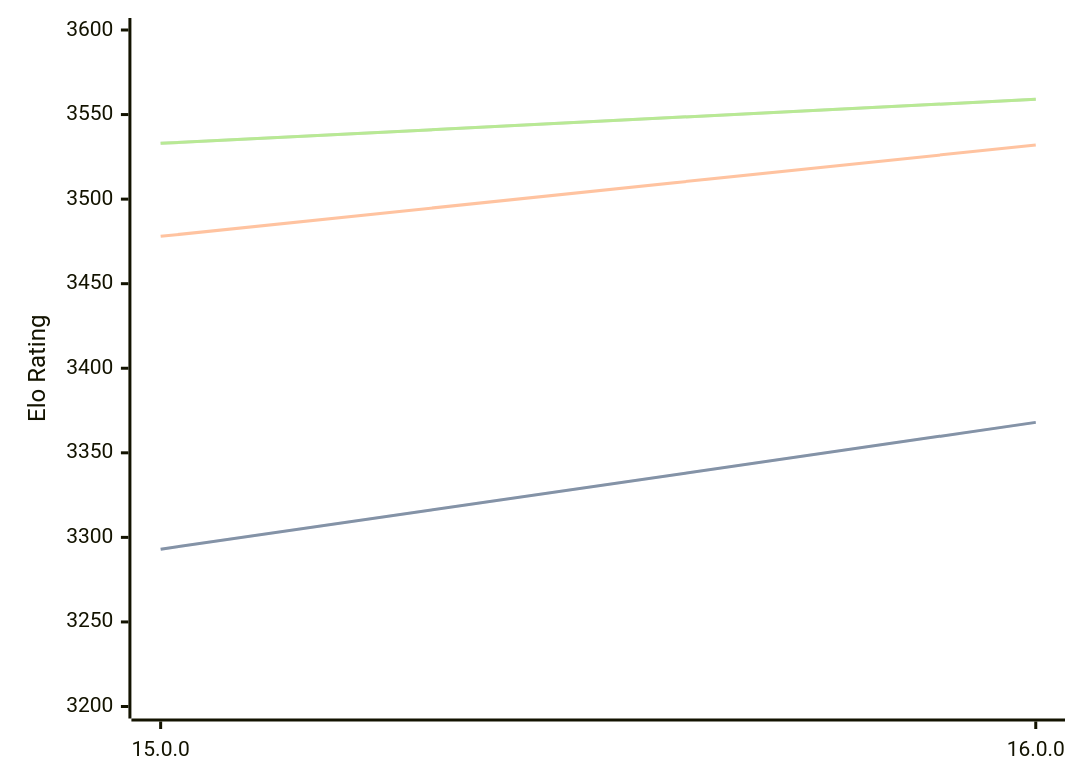
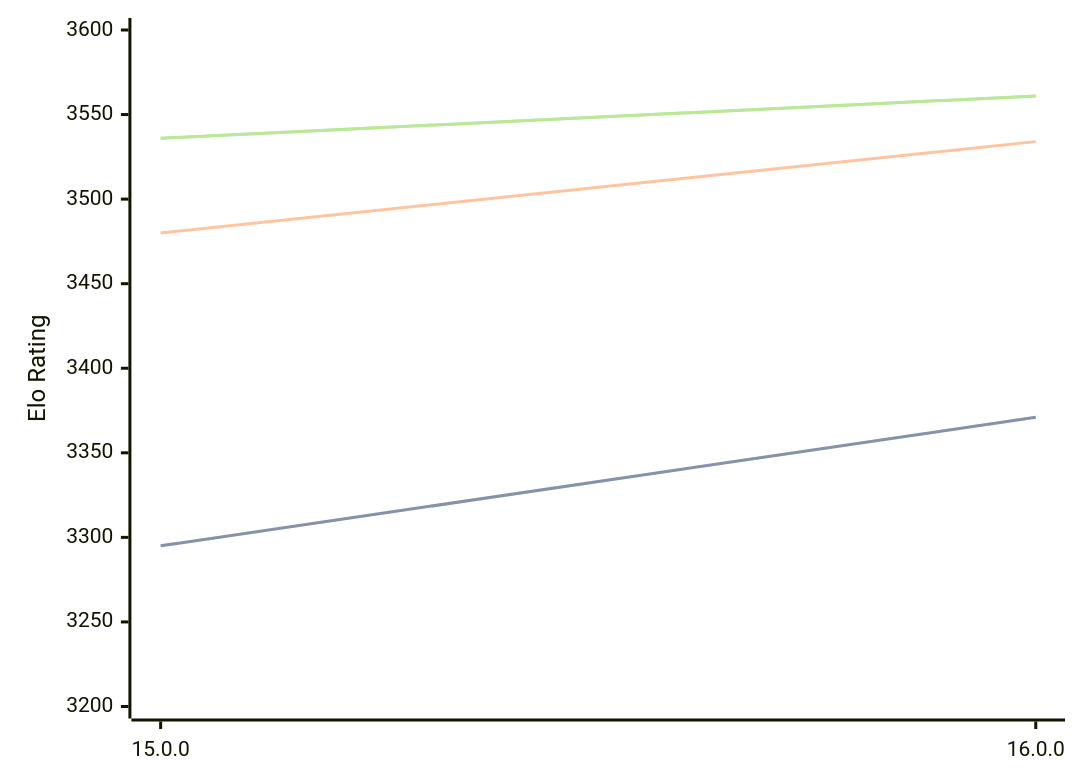
Before and after one commit to computer-chess-index/cci: the diagram in engines/Halogen.md, drawn with Mermaid. The commit also changed other lines of this file, not shown here.

Commit message:
Update CCI Ratings (ELO VLTC) - 2026-09-24

````diff
--- a/engines/Halogen.md
+++ b/engines/Halogen.md
@@ -32,11 +32,11 @@
 ```mermaid
 %%{init: {"theme":"base","themeVariables":{"seriesColors:['#a3a3a3','#222221','#faa371']}}}%%
 xychart-beta
   x-axis ["15.0.0", "16.0.0"]
   y-axis "Elo Rating" 3200 --> 3600
-  line "" [3293, 3368]
-  line "STC (8.0+0.08s)" [3293, 3368]
-  line "LTC (60.0+0.60s)" [3478, 3532]
-  line "" [3533, 3559]
-  line "VLTC (2m24s+1.12s)" [3533, 3559]
+  line "" [3295, 3371]
+  line "STC (8.0+0.08s)" [3295, 3371]
+  line "LTC (60.0+0.60s)" [3480, 3534]
+  line "" [3536, 3561]
+  line "VLTC (2m24s+1.12s)" [3536, 3561]
 ```
````
